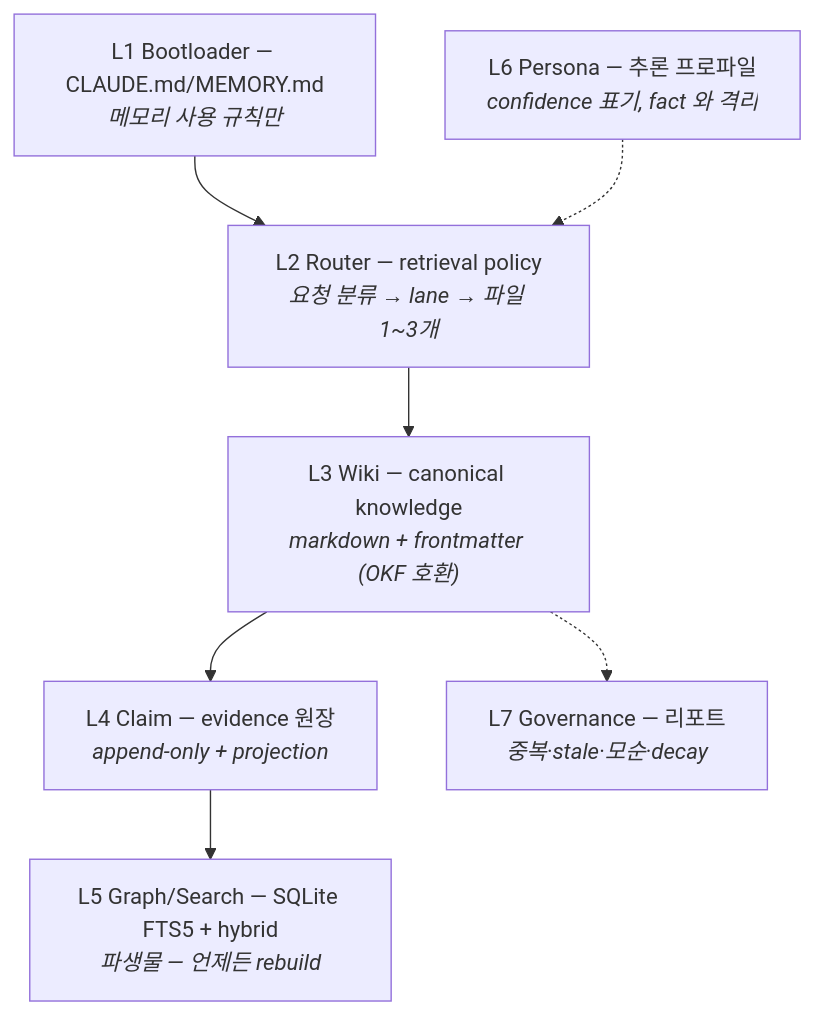
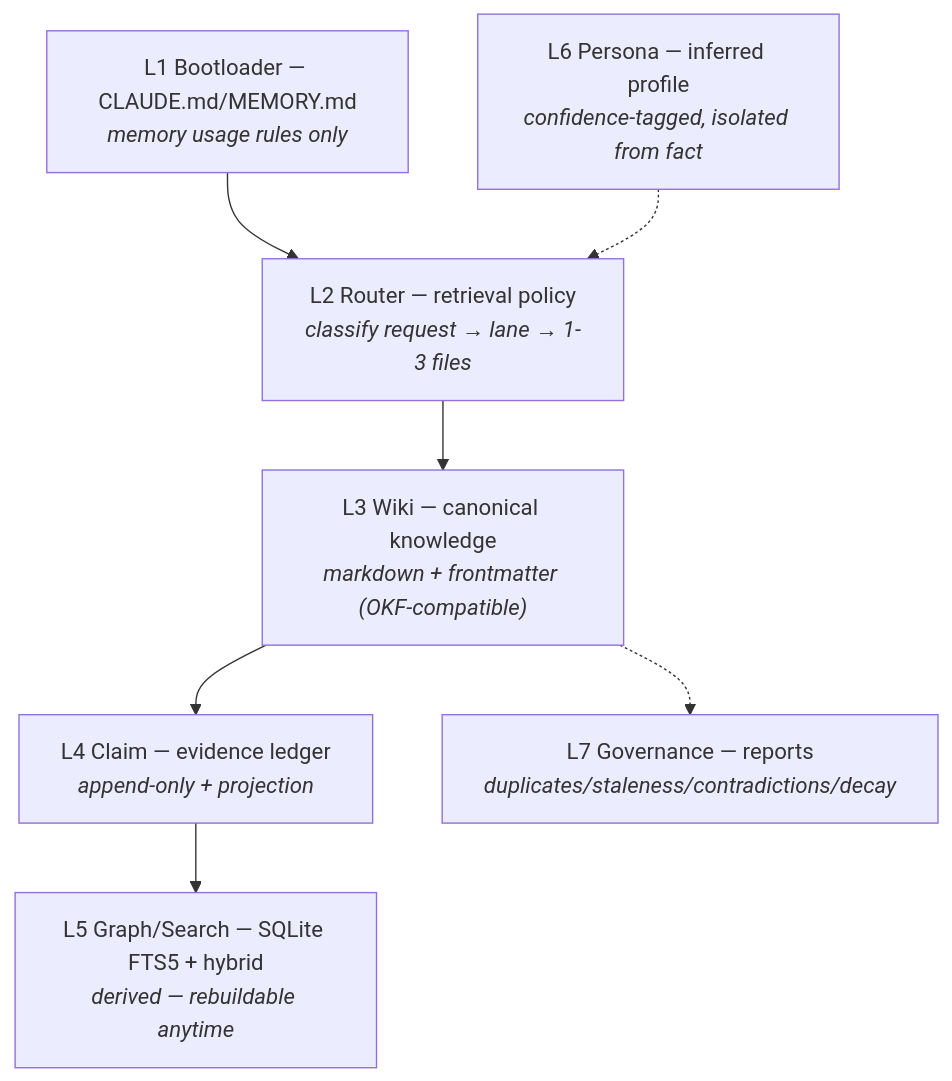
The sixth of 7 diagrams in README.md (treestar84/memory-brain), drawn with Mermaid before and after one commit. The commit also changed other lines of this file and 10 other files, not shown here.

````diff
--- a/README.md
+++ b/README.md
@@ -187,13 +216,13 @@
 ```mermaid
 flowchart TB
-    L1["L1 Bootloader — CLAUDE.md/MEMORY.md<br/><i>메모리 사용 규칙만</i>"]
-    L2["L2 Router — retrieval policy<br/><i>요청 분류 → lane → 파일 1~3개</i>"]
-    L3["L3 Wiki — canonical knowledge<br/><i>markdown + frontmatter (OKF 호환)</i>"]
-    L4["L4 Claim — evidence 원장<br/><i>append-only + projection</i>"]
-    L5["L5 Graph/Search — SQLite FTS5 + hybrid<br/><i>파생물 — 언제든 rebuild</i>"]
-    L6["L6 Persona — 추론 프로파일<br/><i>confidence 표기, fact 와 격리</i>"]
-    L7["L7 Governance — 리포트<br/><i>중복·stale·모순·decay</i>"]
+    L1["L1 Bootloader — CLAUDE.md/MEMORY.md<br/><i>memory usage rules only</i>"]
+    L2["L2 Router — retrieval policy<br/><i>classify request → lane → 1-3 files</i>"]
+    L3["L3 Wiki — canonical knowledge<br/><i>markdown + frontmatter (OKF-compatible)</i>"]
+    L4["L4 Claim — evidence ledger<br/><i>append-only + projection</i>"]
+    L5["L5 Graph/Search — SQLite FTS5 + hybrid<br/><i>derived — rebuildable anytime</i>"]
+    L6["L6 Persona — inferred profile<br/><i>confidence-tagged, isolated from fact</i>"]
+    L7["L7 Governance — reports<br/><i>duplicates/staleness/contradictions/decay</i>"]
     L1 --> L2 --> L3 --> L4 --> L5
     L3 -.-> L7
     L6 -.-> L2
 ```
````
